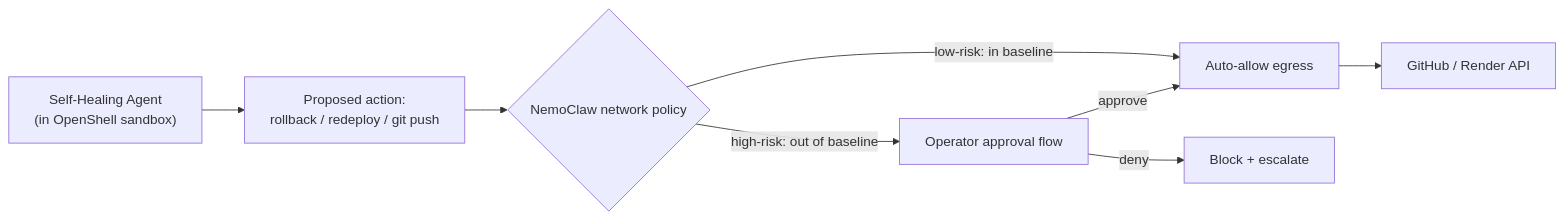
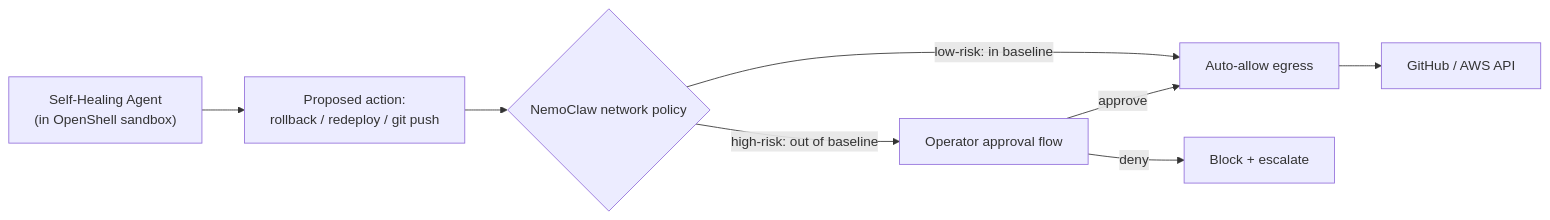
Before and after one commit to riya2025/NVIDIA-HACKATHON: the fourth of 6 diagrams in ARCHITECTURE.md, drawn with Mermaid. The commit also changed other lines of this file and 42 other files, not shown here.

````diff
--- a/ARCHITECTURE.md
+++ b/ARCHITECTURE.md
@@ -169,10 +173,10 @@
 ```mermaid
 flowchart LR
     HEAL["Self-Healing Agent<br/>(in OpenShell sandbox)"] --> ACT["Proposed action:<br/>rollback / redeploy / git push"]
     ACT --> POL{"NemoClaw network policy"}
     POL -->|"low-risk: in baseline"| ALLOW["Auto-allow egress"]
     POL -->|"high-risk: out of baseline"| APPROVE["Operator approval flow"]
     APPROVE -->|"approve"| ALLOW
     APPROVE -->|"deny"| BLOCK["Block + escalate"]
-    ALLOW --> EXT["GitHub / Render API"]
+    ALLOW --> EXT["GitHub / AWS API"]
 ```
````
